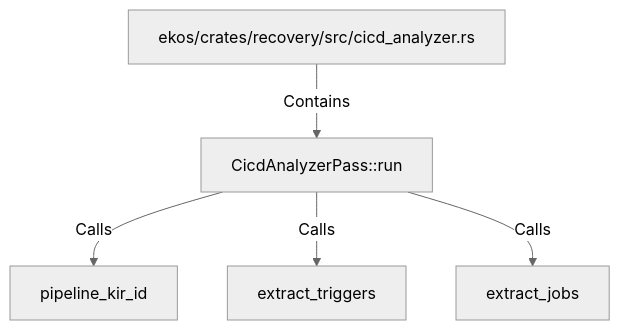
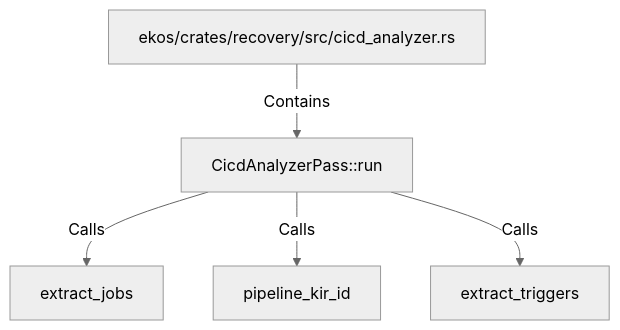
Before and after one commit to alexeyban/EKOS: the diagram in doc/entities/rustsymbol/ci/cicdanalyzerpass-run.md, drawn with Mermaid (neutral theme). The commit also changed other lines of this file and 552 other files, not shown here.

````diff
--- a/doc/entities/rustsymbol/ci/cicdanalyzerpass-run.md
+++ b/doc/entities/rustsymbol/ci/cicdanalyzerpass-run.md
@@ -23,12 +23,12 @@
 ```mermaid
 graph TD
     n1f592577a349504ebf9b846299c8c7c8["CicdAnalyzerPass::run"]
     nb6532a21993c5d288d99891c30d70063["ekos/crates/recovery/src/cicd_analyzer.rs"]
     nb6532a21993c5d288d99891c30d70063 -->|Contains| n1f592577a349504ebf9b846299c8c7c8
+    nffa32f72651f58b68100f32b4d3997aa["extract_jobs"]
+    n1f592577a349504ebf9b846299c8c7c8 -->|Calls| nffa32f72651f58b68100f32b4d3997aa
     n630ff87b5416525db949e50b8c6ac173["pipeline_kir_id"]
     n1f592577a349504ebf9b846299c8c7c8 -->|Calls| n630ff87b5416525db949e50b8c6ac173
     nbe0f7bcd58dd5d248de96a2e0f2bc9ec["extract_triggers"]
     n1f592577a349504ebf9b846299c8c7c8 -->|Calls| nbe0f7bcd58dd5d248de96a2e0f2bc9ec
-    nffa32f72651f58b68100f32b4d3997aa["extract_jobs"]
-    n1f592577a349504ebf9b846299c8c7c8 -->|Calls| nffa32f72651f58b68100f32b4d3997aa
 ```
````
